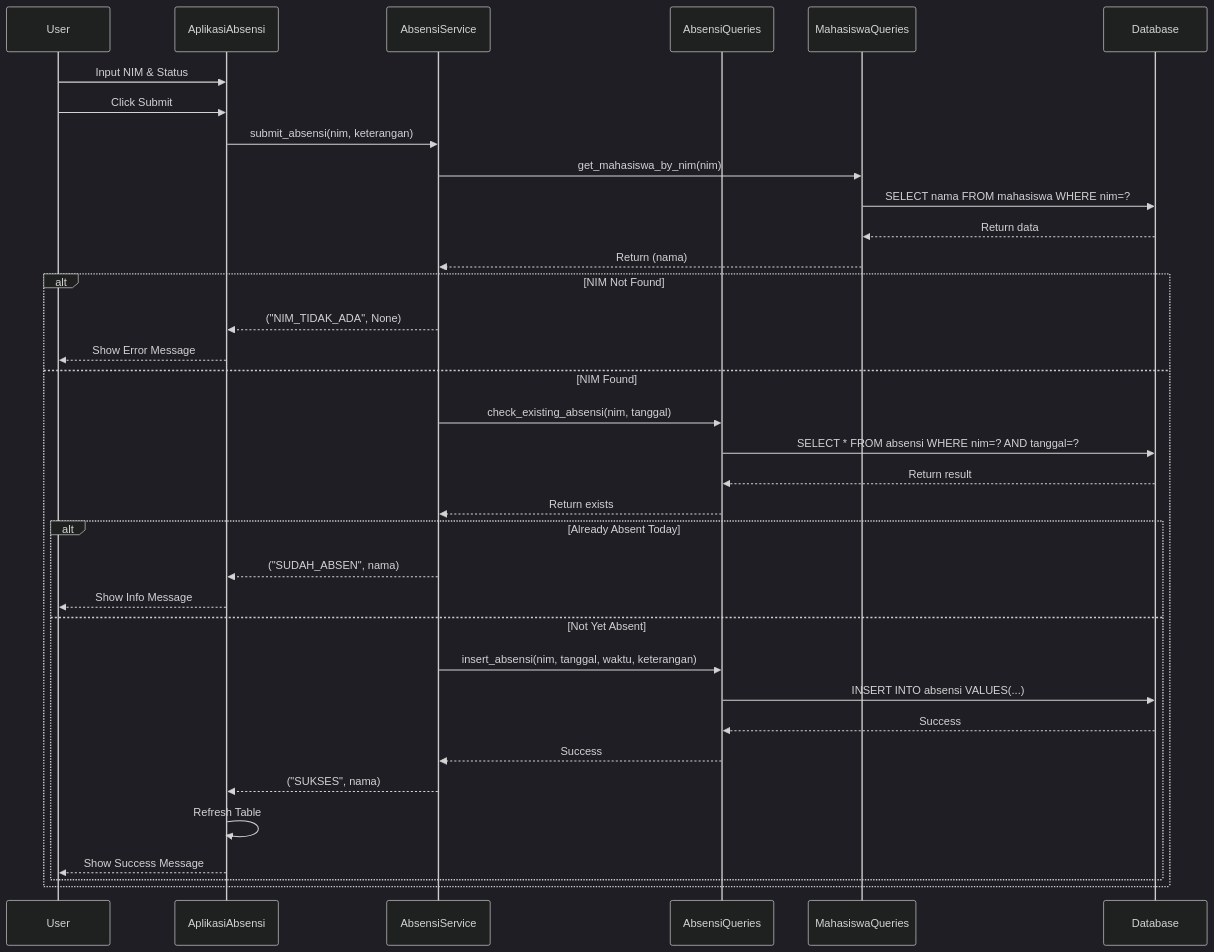
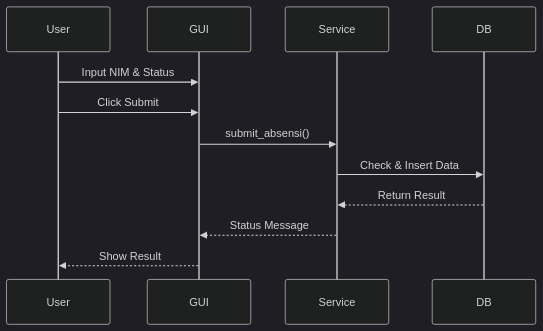
The fifth of 6 diagrams in flowchart.md (revxcode/k3-absensi), drawn with Mermaid (dark theme) before and after one commit. The commit also changed other lines of this file, not shown here.

Commit message:
Refactor flowchart and diagrams for improved clarity and consistency

````diff
--- a/flowchart.md
+++ b/flowchart.md
@@ -160,40 +125,15 @@
 ```mermaid
 sequenceDiagram
     participant User
-    participant GUI as AplikasiAbsensi
-    participant Service as AbsensiService
-    participant Query as AbsensiQueries
-    participant MQ as MahasiswaQueries
-    participant DB as Database
+    participant GUI
+    participant Service
+    participant DB
     
     User->>GUI: Input NIM & Status
     User->>GUI: Click Submit
-    GUI->>Service: submit_absensi(nim, keterangan)
-    Service->>MQ: get_mahasiswa_by_nim(nim)
-    MQ->>DB: SELECT nama FROM mahasiswa WHERE nim=?
-    DB-->>MQ: Return data
-    MQ-->>Service: Return (nama)
-    
-    alt NIM Not Found
-        Service-->>GUI: ("NIM_TIDAK_ADA", None)
-        GUI-->>User: Show Error Message
-    else NIM Found
-        Service->>Query: check_existing_absensi(nim, tanggal)
-        Query->>DB: SELECT * FROM absensi WHERE nim=? AND tanggal=?
-        DB-->>Query: Return result
-        Query-->>Service: Return exists
-        
-        alt Already Absent Today
-            Service-->>GUI: ("SUDAH_ABSEN", nama)
-            GUI-->>User: Show Info Message
-        else Not Yet Absent
-            Service->>Query: insert_absensi(nim, tanggal, waktu, keterangan)
-            Query->>DB: INSERT INTO absensi VALUES(...)
-            DB-->>Query: Success
-            Query-->>Service: Success
-            Service-->>GUI: ("SUKSES", nama)
-            GUI->>GUI: Refresh Table
-            GUI-->>User: Show Success Message
-        end
-    end
+    GUI->>Service: submit_absensi()
+    Service->>DB: Check & Insert Data
+    DB-->>Service: Return Result
+    Service-->>GUI: Status Message
+    GUI-->>User: Show Result
 ```
````
